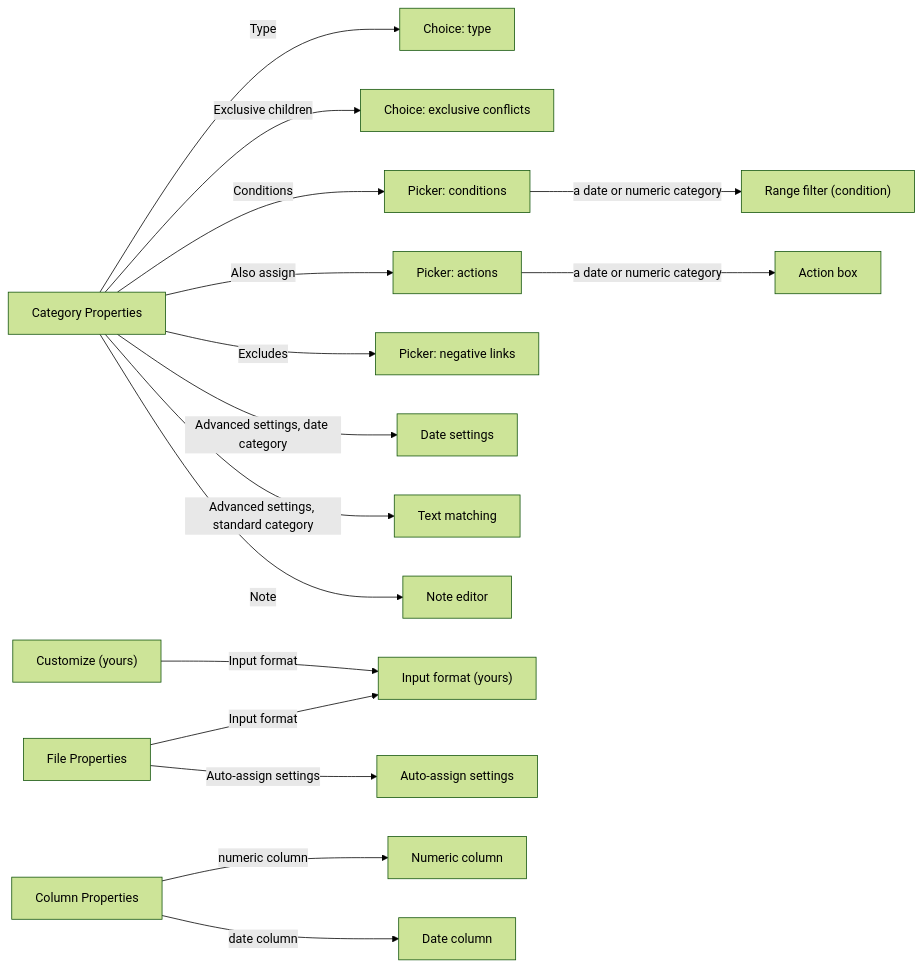
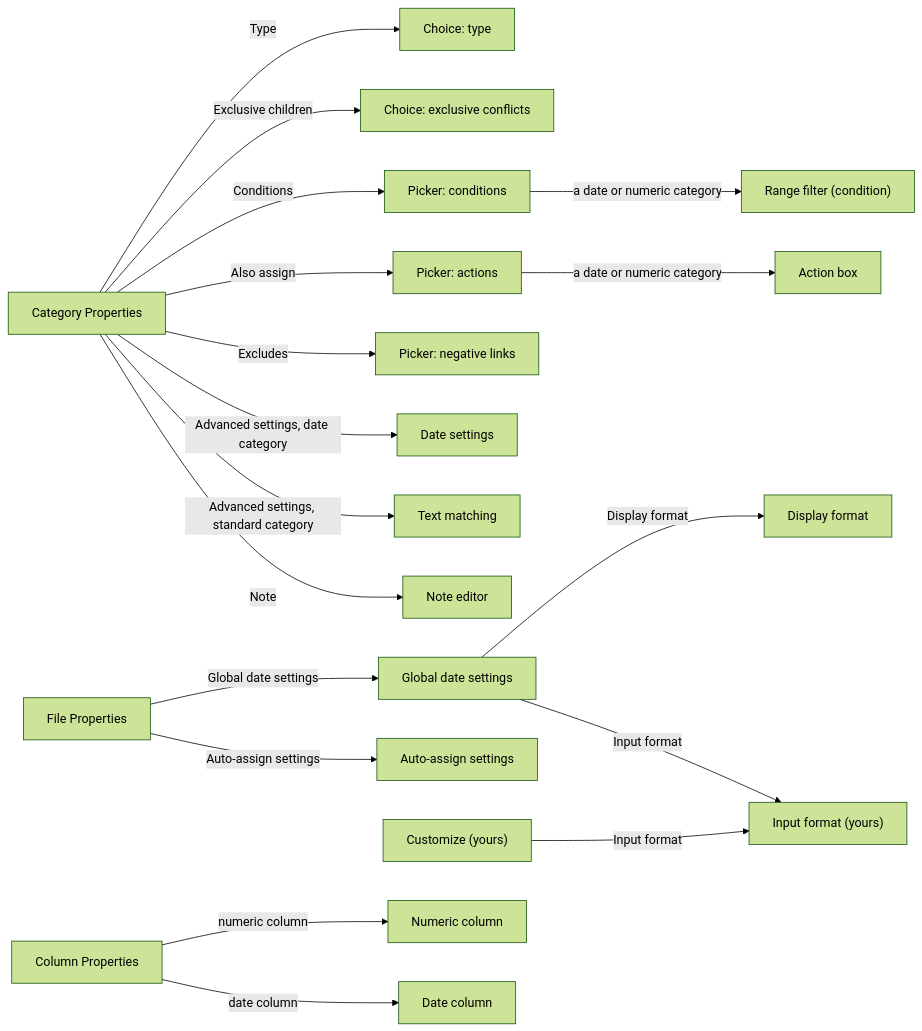
Before and after one commit to jamting/agendum: the second of 2 diagrams in docs/SCREENS.md, drawn with Mermaid (forest theme). The commit also changed other lines of this file and 11 other files, not shown here.

````diff
--- a/docs/SCREENS.md
+++ b/docs/SCREENS.md
@@ -59,21 +59,23 @@
 ```mermaid
 flowchart LR
     CatProps["Category Properties"]
     CatProps -- "Type" --> TypeChoice["Choice: type"]
     CatProps -- "Exclusive children" --> ExclChoice["Choice: exclusive conflicts"]
     CatProps -- "Conditions" --> CondPicker["Picker: conditions"]
     CondPicker -- "a date or numeric category" --> RangeCond["Range filter (condition)"]
     CatProps -- "Also assign" --> AssignPicker["Picker: actions"]
     AssignPicker -- "a date or numeric category" --> Action["Action box"]
     CatProps -- "Excludes" --> ExclPicker["Picker: negative links"]
     CatProps -- "Advanced settings, date category" --> DateRule["Date settings"]
     CatProps -- "Advanced settings, standard category" --> CatMatch["Text matching"]
     CatProps -- "Note" --> Note["Note editor"]
     FileProps["File Properties"]
-    FileProps -- "Input format" --> InputFormat["Input format (yours)"]
+    FileProps -- "Global date settings" --> DateSettings["Global date settings"]
+    DateSettings -- "Display format" --> DisplayFormat["Display format"]
+    DateSettings -- "Input format" --> InputFormat["Input format (yours)"]
     FileProps -- "Auto-assign settings" --> AutoAssign["Auto-assign settings"]
     Customize["Customize (yours)"] -- "Input format" --> InputFormat
     ColProps["Column Properties"]
     ColProps -- "numeric column" --> NumCol["Numeric column"]
     ColProps -- "date column" --> DateCol["Date column"]
 ```
````
